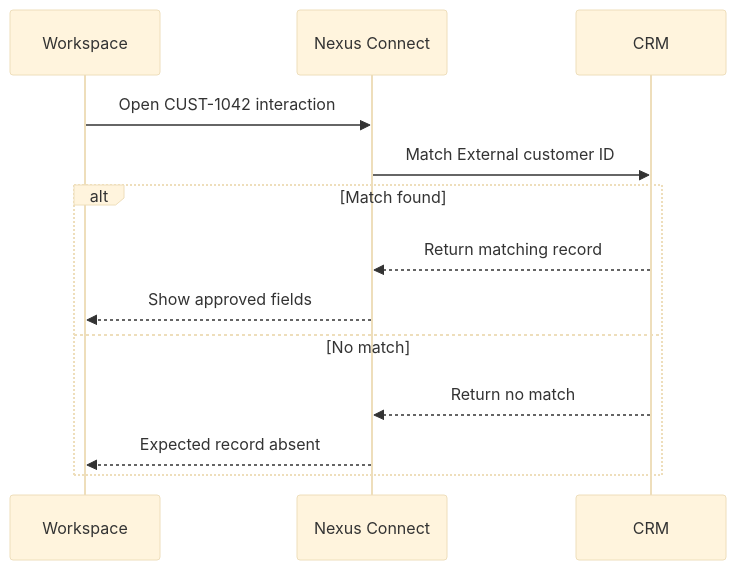
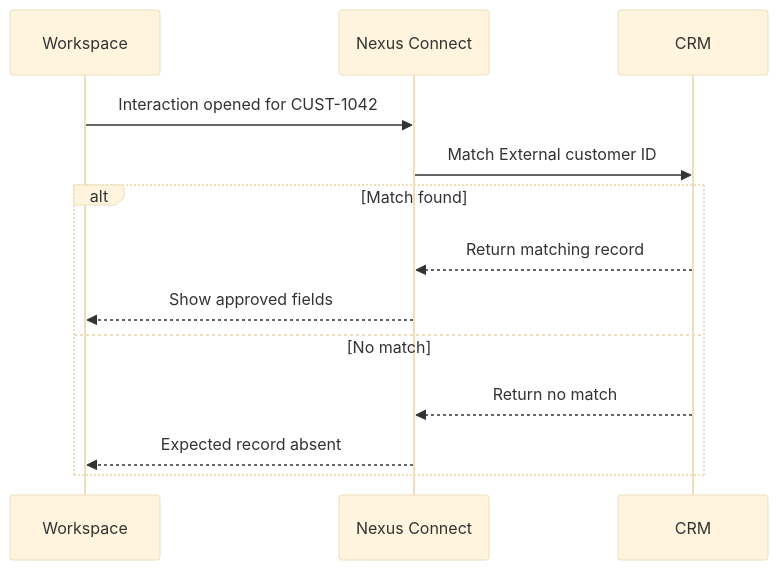
One commit to baysalkerem/technical-writing-portfolio changed the diagram in docs/integrations/crm-connection.md. Above: the diagram before and after it, drawn with Mermaid (base theme). The commit also changed other lines of this file and 7 other files, not shown here.

````diff
--- a/docs/integrations/crm-connection.md
+++ b/docs/integrations/crm-connection.md
@@ -37,17 +37,17 @@
 ```mermaid
 sequenceDiagram
     accTitle: CRM record lookup for a test interaction
     accDescr: The agent opens an interaction with Customer ID CUST-1042 in Nexus Connect Workspace. Nexus Connect looks up a CRM record with the same External customer ID. On a match, the Customer panel displays approved fields. If the expected record is missing, verify the mapping and test data.
     participant Workspace
     participant Nexus as Nexus Connect
     participant CRM
-    Workspace->>Nexus: Open CUST-1042 interaction
+    Workspace->>Nexus: Interaction opened for CUST-1042
     Nexus->>CRM: Match External customer ID
     alt Match found
         CRM-->>Nexus: Return matching record
         Nexus-->>Workspace: Show approved fields
     else No match
         CRM-->>Nexus: Return no match
         Nexus-->>Workspace: Expected record absent
     end
 ```
````
